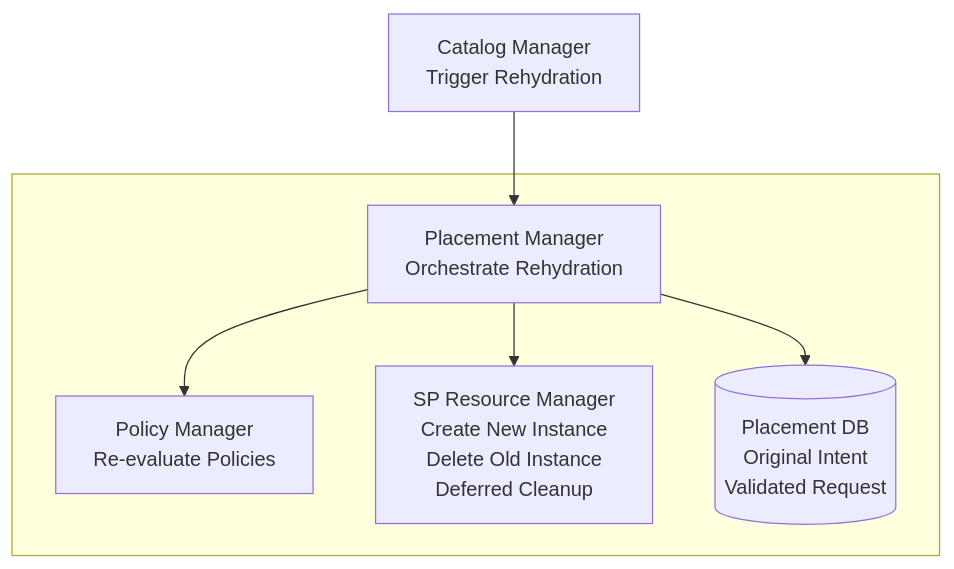
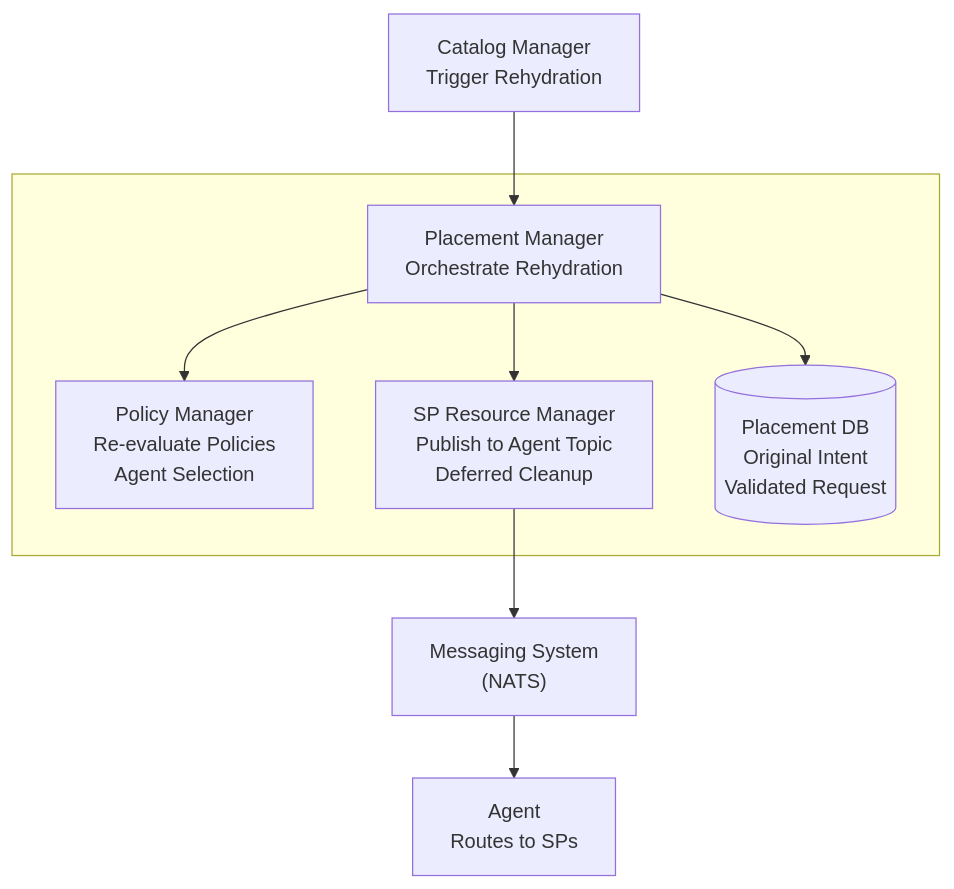
One commit to dcm-project/enhancements changed the first of 4 diagrams in enhancements/rehydration-flow/rehydration-flow.md. Above: the diagram before and after it, drawn with Mermaid. The commit also changed other lines of this file and 9 other files, not shown here.

````diff
--- a/enhancements/rehydration-flow/rehydration-flow.md
+++ b/enhancements/rehydration-flow/rehydration-flow.md
@@ -91,19 +92,24 @@
 ```mermaid
 flowchart TD
     CM["Catalog Manager<br/>Trigger Rehydration"]
 
     subgraph DCM_Core [" "]
         PM["Placement Manager<br/>Orchestrate Rehydration"]
 
-        PE["Policy Manager<br/>Re-evaluate Policies"]
+        PE["Policy Manager<br/>Re-evaluate Policies<br/>Agent Selection"]
 
-        SPRM["SP Resource Manager<br/>Create New Instance<br/>Delete Old Instance<br/>Deferred Cleanup"]
+        SPRM["SP Resource Manager<br/>Publish to Agent Topic<br/>Deferred Cleanup"]
 
         PM_DB[("Placement DB<br/>Original Intent<br/>Validated Request")]
     end
+
+    MS["Messaging System<br/>(NATS)"]
+    AG["Agent<br/>Routes to SPs"]
 
     CM --> PM
     PM --> PM_DB
     PM --> PE
     PM --> SPRM
+    SPRM --> MS
+    MS --> AG
 ```
````
